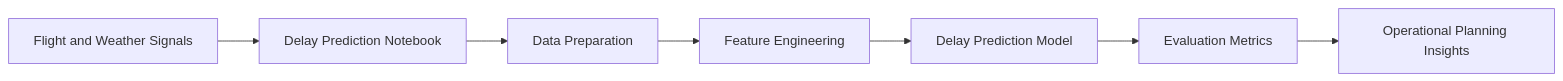
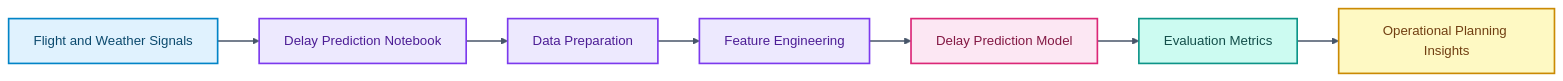
One commit to skx56/Optimizing-Air-Travel changed the diagram in README.md. Above: the diagram before and after it, drawn with Mermaid.

Commit message:
Colorize README architecture diagram

````diff
--- a/README.md
+++ b/README.md
@@ -30,9 +30,21 @@
 ```mermaid
 flowchart LR
   FlightData["Flight and Weather Signals"] --> Notebook["Delay Prediction Notebook"]
   Notebook --> Clean["Data Preparation"]
   Clean --> Features["Feature Engineering"]
   Features --> Model["Delay Prediction Model"]
   Model --> Metrics["Evaluation Metrics"]
   Metrics --> Planning["Operational Planning Insights"]
+
+  classDef inputs fill:#E0F2FE,stroke:#0284C7,color:#0C4A6E,stroke-width:2px;
+  classDef process fill:#EDE9FE,stroke:#7C3AED,color:#4C1D95,stroke-width:2px;
+  classDef data fill:#CCFBF1,stroke:#0D9488,color:#134E4A,stroke-width:2px;
+  classDef agent fill:#FCE7F3,stroke:#DB2777,color:#831843,stroke-width:2px;
+  classDef output fill:#FEF9C3,stroke:#CA8A04,color:#713F12,stroke-width:2px;
+  class FlightData inputs;
+  class Notebook,Clean,Features process;
+  class Metrics data;
+  class Model agent;
+  class Planning output;
+  linkStyle default stroke:#475569,stroke-width:2px;
 ```
````
